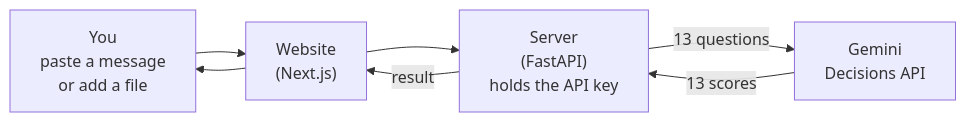
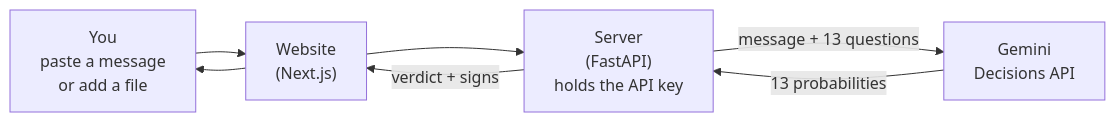
The first of 2 diagrams in README.md (Nandhan-Varma/scam-check), drawn with Mermaid before and after one commit. The commit also changed other lines of this file and 6 other files, not shown here.

````diff
--- a/README.md
+++ b/README.md
@@ -27,9 +27,9 @@
 ```mermaid
 flowchart LR
     U["You<br/>paste a message<br/>or add a file"] --> W["Website<br/>(Next.js)"]
     W --> B["Server<br/>(FastAPI)<br/>holds the API key"]
-    B -->|"13 questions"| G["Gemini<br/>Decisions API"]
-    G -->|"13 scores"| B
-    B -->|"result"| W
+    B -->|"message + 13 questions"| G["Gemini<br/>Decisions API"]
+    G -->|"13 probabilities"| B
+    B -->|"verdict + signs"| W
     W --> U
 ```
````
